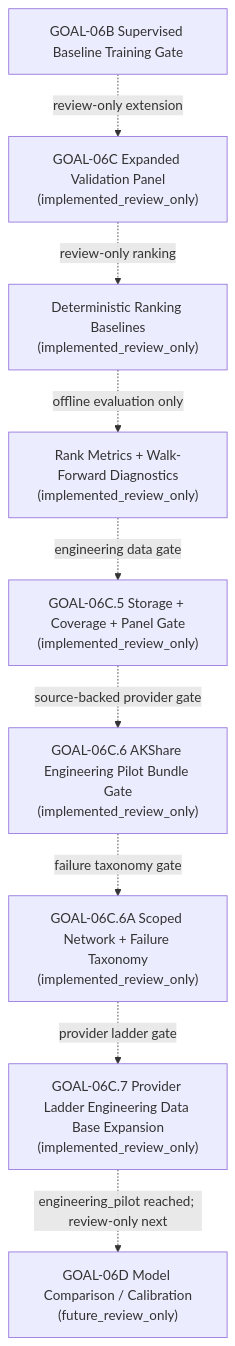
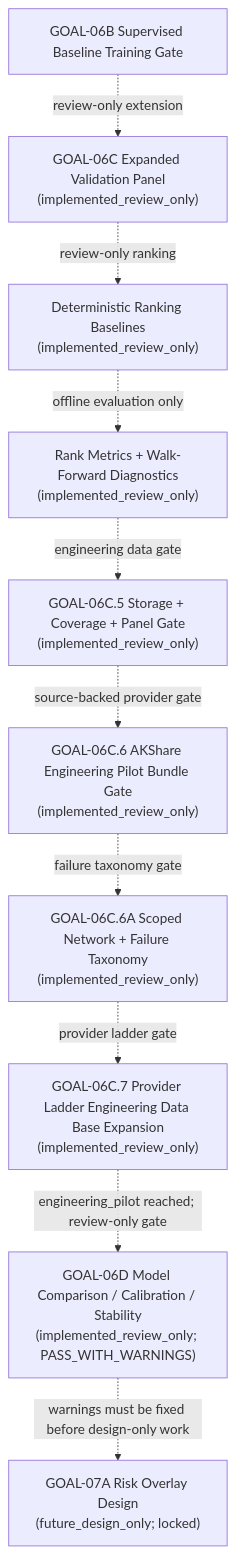
One commit to RyanLu0203/A_share_premarket_core changed the second of 2 diagrams in README.md. Above: the diagram before and after it, drawn with Mermaid. The commit also changed other lines of this file and 75 other files, not shown here.

Commit message:
Add GOAL-06D review-only model comparison gate

````diff
--- a/README.md
+++ b/README.md
@@ -72,11 +81,12 @@
 ```mermaid
 flowchart TD
     A["GOAL-06B Supervised Baseline Training Gate"] -. "review-only extension" .-> B["GOAL-06C Expanded Validation Panel<br/>(implemented_review_only)"]
     B -. "review-only ranking" .-> C["Deterministic Ranking Baselines<br/>(implemented_review_only)"]
     C -. "offline evaluation only" .-> D["Rank Metrics + Walk-Forward Diagnostics<br/>(implemented_review_only)"]
     D -. "engineering data gate" .-> E["GOAL-06C.5 Storage + Coverage + Panel Gate<br/>(implemented_review_only)"]
     E -. "source-backed provider gate" .-> G["GOAL-06C.6 AKShare Engineering Pilot Bundle Gate<br/>(implemented_review_only)"]
     G -. "failure taxonomy gate" .-> H["GOAL-06C.6A Scoped Network + Failure Taxonomy<br/>(implemented_review_only)"]
     H -. "provider ladder gate" .-> I["GOAL-06C.7 Provider Ladder Engineering Data Base Expansion<br/>(implemented_review_only)"]
-    I -. "engineering_pilot reached; review-only next" .-> F["GOAL-06D Model Comparison / Calibration<br/>(future_review_only)"]
+    I -. "engineering_pilot reached; review-only gate" .-> F["GOAL-06D Model Comparison / Calibration / Stability<br/>(implemented_review_only; PASS_WITH_WARNINGS)"]
+    F -. "warnings must be fixed before design-only work" .-> J["GOAL-07A Risk Overlay Design<br/>(future_design_only; locked)"]
 ```
````
